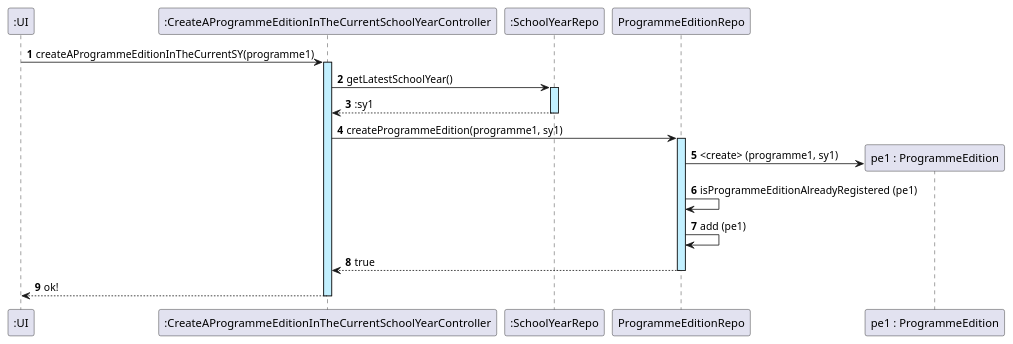
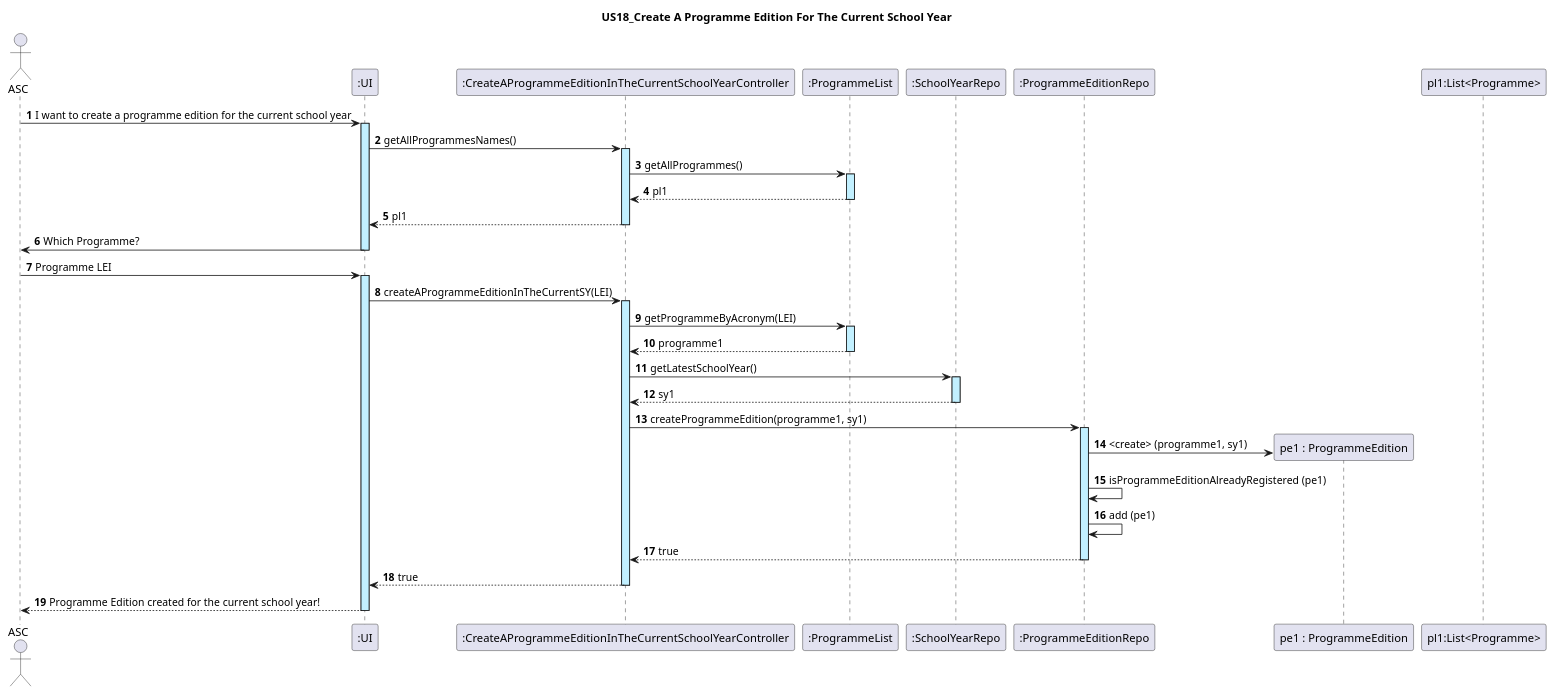
One commit to GasparISEP/DevOps-PAI changed the diagram in docs/sequenceDiagrams/US18/US18_CreateAProgrammeEditionForTheCurrentSchoolYear.puml. Above: the diagram before and after it, drawn with PlantUML.

Commit message:
Added US18_SequenceSystemDiagram.puml update

```diff
--- a/docs/sequenceDiagrams/US18/US18_CreateAProgrammeEditionForTheCurrentSchoolYear.puml
+++ b/docs/sequenceDiagrams/US18/US18_CreateAProgrammeEditionForTheCurrentSchoolYear.puml
@@ -1,27 +1,37 @@
 @startuml
-
+title : US18_Create A Programme Edition For The Current School Year
 autonumber
+Actor ASC
 
 participant ":UI" as UI
 participant ":CreateAProgrammeEditionInTheCurrentSchoolYearController" as CPEC
+participant ":ProgrammeList" as PL
 participant ":SchoolYearRepo" as SYR
-'participant ":SchoolYear"
-'participant "ProgrammeList"
-participant "ProgrammeEditionRepo" as PER
-'participant "ProgrammeEdition"
+participant ":ProgrammeEditionRepo" as PER
 
+ASC -> UI ++ #application : I want to create a programme edition for the current school year
+UI -> CPEC ++ #application : getAllProgrammesNames()
+CPEC -> PL ++ #application : getAllProgrammes()
+PL --> CPEC -- : pl1
+CPEC --> UI -- : pl1
+UI -> ASC --  : Which Programme?
+ASC -> UI ++ #application : Programme LEI
+UI -> CPEC ++ #application : createAProgrammeEditionInTheCurrentSY(LEI)
 
-UI -> CPEC ++ #application : createAProgrammeEditionInTheCurrentSY(programme1)
+CPEC -> PL ++ #application : getProgrammeByAcronym(LEI)
+PL --> CPEC -- : programme1
 CPEC -> SYR ++ #application : getLatestSchoolYear()
-SYR --> CPEC ::sy1
+SYR --> CPEC :sy1
 SYR --
 CPEC -> PER ++ #application : createProgrammeEdition(programme1, sy1)
 create "pe1 : ProgrammeEdition" as PE
 PER -> PE : <create> (programme1, sy1)
 PER -> PER : isProgrammeEditionAlreadyRegistered (pe1)
 PER -> PER : add (pe1)
 PER --> CPEC : true
 PER --
-CPEC --> UI : ok!
+CPEC --> UI : true
 CPEC --
+UI --> ASC -- : Programme Edition created for the current school year!
+participant "pl1:List<Programme>"
 @enduml
```
